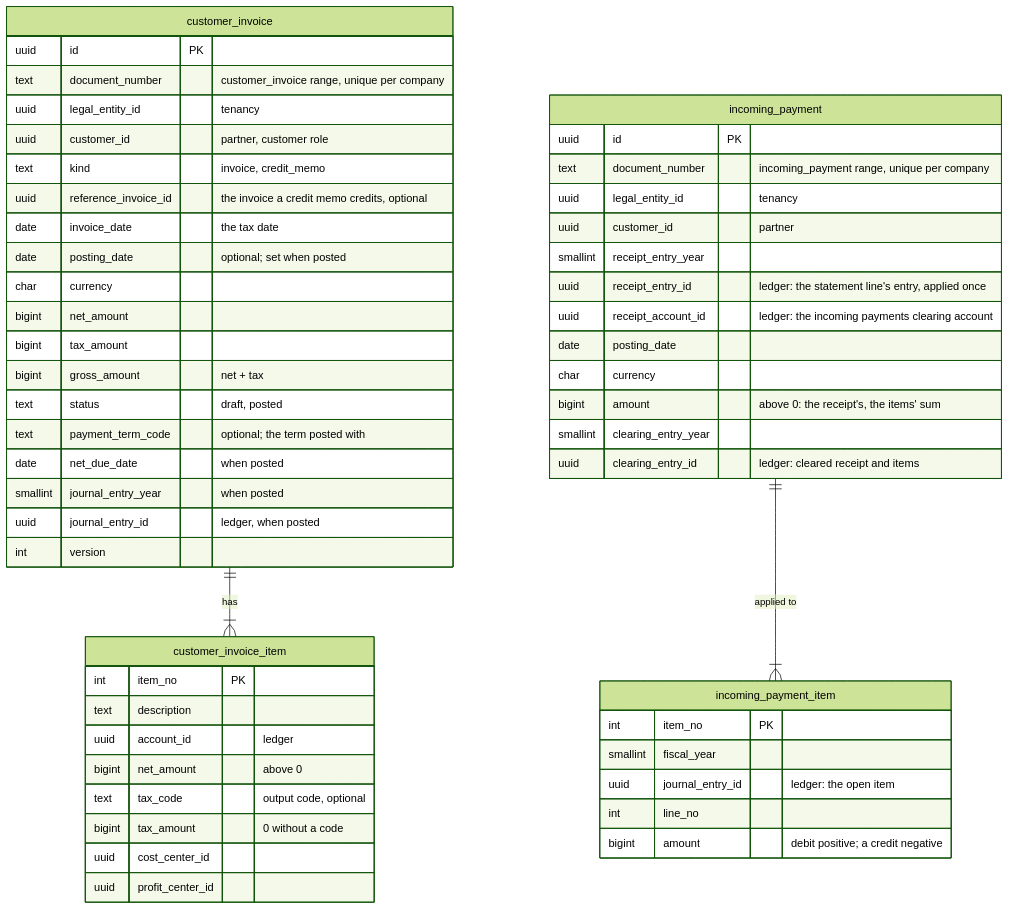
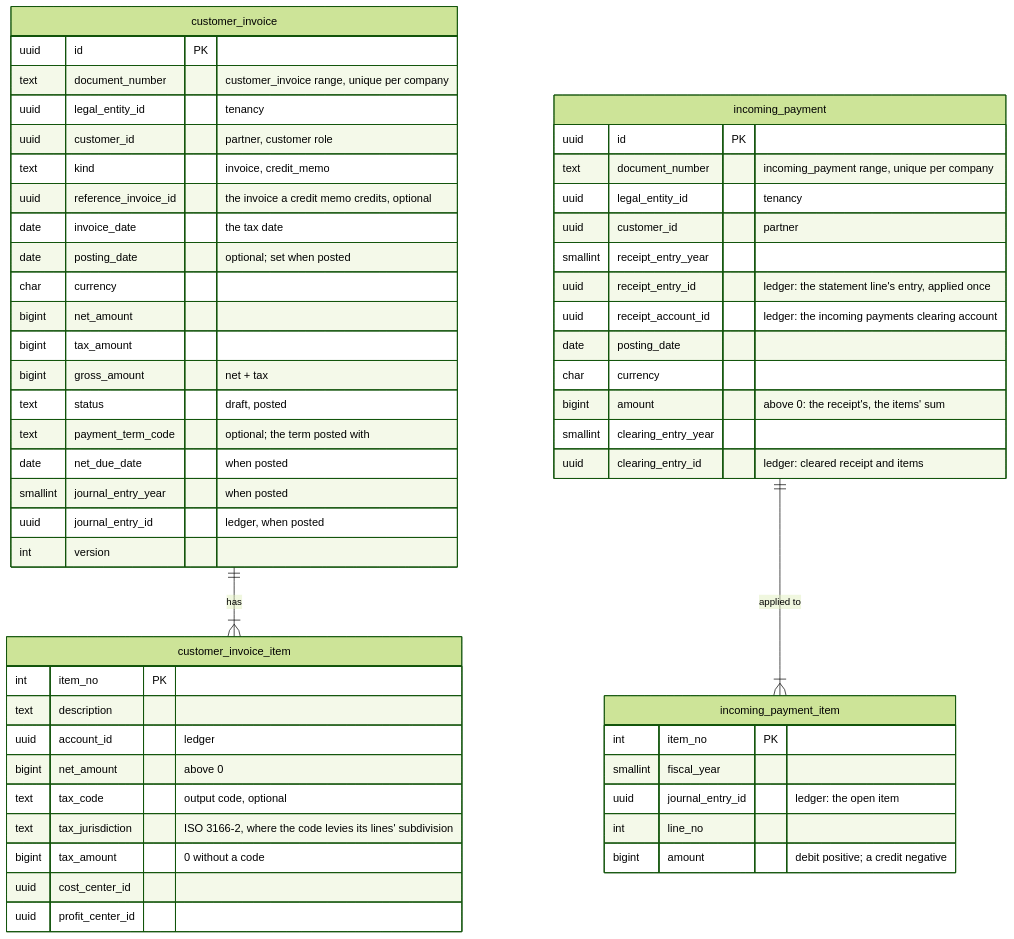
One commit to mustie7iy/agentic-erp changed diagram 14 of 17 in docs/design/03-data-model.md. Above: the diagram before and after it, drawn with Mermaid (forest theme). The commit also changed other lines of this file and 24 other files, not shown here.

````diff
--- a/docs/design/03-data-model.md
+++ b/docs/design/03-data-model.md
@@ -4242,48 +4242,49 @@
 ```mermaid
 erDiagram
   customer_invoice ||--|{ customer_invoice_item : "has"
   customer_invoice { uuid id PK
     text document_number "customer_invoice range, unique per company"
     uuid legal_entity_id "tenancy"
     uuid customer_id "partner, customer role"
     text kind "invoice, credit_memo"
     uuid reference_invoice_id "the invoice a credit memo credits, optional"
     date invoice_date "the tax date"
     date posting_date "optional; set when posted"
     char currency
     bigint net_amount
     bigint tax_amount
     bigint gross_amount "net + tax"
     text status "draft, posted"
     text payment_term_code "optional; the term posted with"
     date net_due_date "when posted"
     smallint journal_entry_year "when posted"
     uuid journal_entry_id "ledger, when posted"
     int version }
   customer_invoice_item { int item_no PK
     text description
     uuid account_id "ledger"
     bigint net_amount "above 0"
     text tax_code "output code, optional"
+    text tax_jurisdiction "ISO 3166-2, where the code levies its lines' subdivision"
     bigint tax_amount "0 without a code"
     uuid cost_center_id
     uuid profit_center_id }
   incoming_payment ||--|{ incoming_payment_item : "applied to"
   incoming_payment { uuid id PK
     text document_number "incoming_payment range, unique per company"
     uuid legal_entity_id "tenancy"
     uuid customer_id "partner"
     smallint receipt_entry_year
     uuid receipt_entry_id "ledger: the statement line's entry, applied once"
     uuid receipt_account_id "ledger: the incoming payments clearing account"
     date posting_date
     char currency
     bigint amount "above 0: the receipt's, the items' sum"
     smallint clearing_entry_year
     uuid clearing_entry_id "ledger: cleared receipt and items" }
   incoming_payment_item { int item_no PK
     smallint fiscal_year
     uuid journal_entry_id "ledger: the open item"
     int line_no
     bigint amount "debit positive; a credit negative" }
 ```
````
